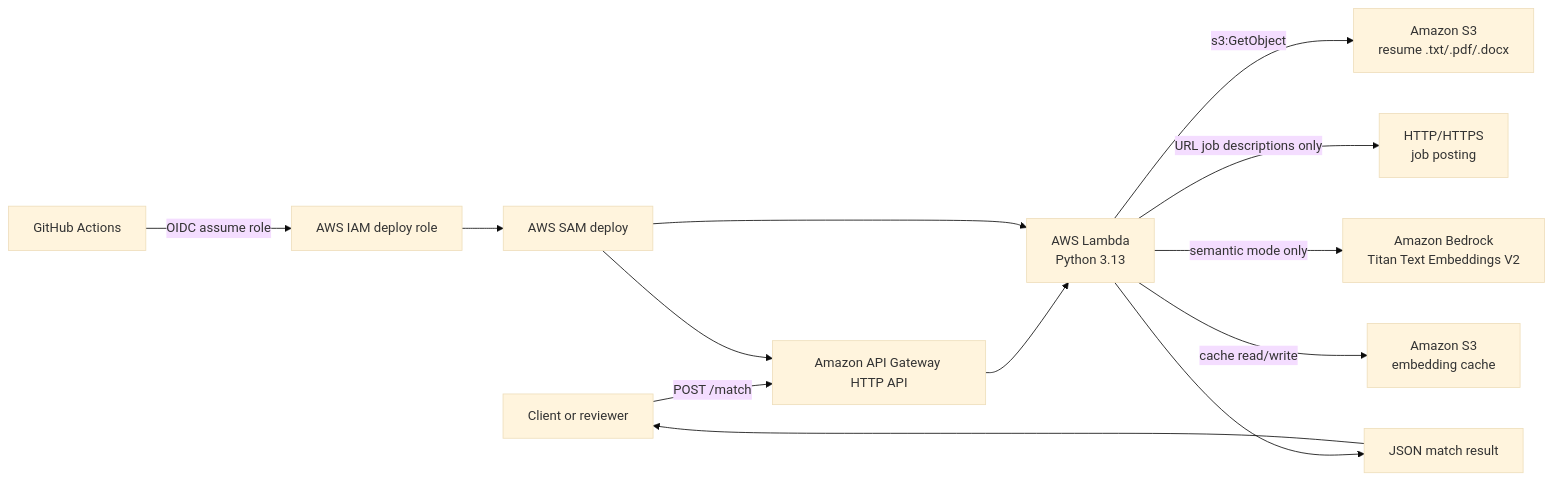
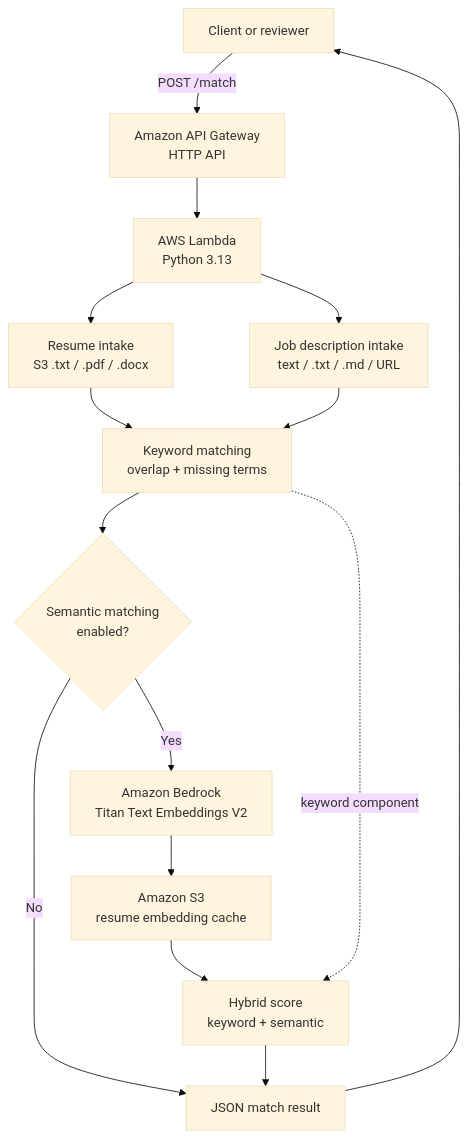
The first of 2 diagrams in README.md (jon-innnput/aws-resume-matcher), drawn with Mermaid (base theme) before and after one commit. The commit also changed other lines of this file, not shown here.

Commit message:
Improve README presentation for v2.1.0 intake features

````diff
--- a/README.md
+++ b/README.md
@@ -17,16 +40,19 @@
 ```mermaid
-flowchart LR
-    User["Client or reviewer"] -->|"POST /match"| Api["Amazon API Gateway HTTP API"]
+flowchart TD
+    User["Client or reviewer"] -->|"POST /match"| Api["Amazon API Gateway<br/>HTTP API"]
     Api --> Lambda["AWS Lambda<br/>Python 3.13"]
-    Lambda -->|"s3:GetObject"| S3["Amazon S3<br/>resume .txt/.pdf/.docx"]
-    Lambda -->|"URL job descriptions only"| Url["HTTP/HTTPS<br/>job posting"]
-    Lambda -->|"semantic mode only"| Bedrock["Amazon Bedrock<br/>Titan Text Embeddings V2"]
-    Lambda -->|"cache read/write"| Cache["Amazon S3<br/>embedding cache"]
-    Lambda --> Response["JSON match result"]
-    Response --> User
 
-    GitHub["GitHub Actions"] -->|"OIDC assume role"| IAM["AWS IAM deploy role"]
-    IAM --> SAM["AWS SAM deploy"]
-    SAM --> Api
-    SAM --> Lambda
+    Lambda --> ResumeInput["Resume intake<br/>S3 .txt / .pdf / .docx"]
+    Lambda --> JobInput["Job description intake<br/>text / .txt / .md / URL"]
+    ResumeInput --> Keyword["Keyword matching<br/>overlap + missing terms"]
+    JobInput --> Keyword
+    Keyword --> Semantic{"Semantic matching<br/>enabled?"}
+
+    Semantic -->|"No"| Result["JSON match result"]
+    Semantic -->|"Yes"| Bedrock["Amazon Bedrock<br/>Titan Text Embeddings V2"]
+    Bedrock --> Cache["Amazon S3<br/>resume embedding cache"]
+    Cache --> Hybrid["Hybrid score<br/>keyword + semantic"]
+    Keyword -. "keyword component" .-> Hybrid
+    Hybrid --> Result
+    Result --> User
 ```
````
